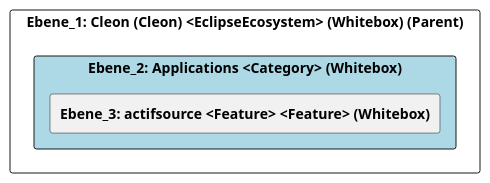
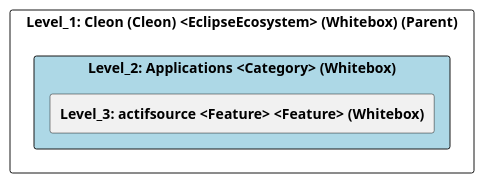
Before and after one commit to marcozwyssig/cleon: the diagram in doc/cleonproject_deliverables_architecture_model_architecture/adoc/de/05_bausteinsicht/cleon/applications/ebene_2_applications.adoc, drawn with PlantUML. The commit also changed other lines of this file and 83 other files, not shown here.

```diff
--- a/doc/cleonproject_deliverables_architecture_model_architecture/adoc/de/05_bausteinsicht/cleon/applications/ebene_2_applications.adoc
+++ b/doc/cleonproject_deliverables_architecture_model_architecture/adoc/de/05_bausteinsicht/cleon/applications/ebene_2_applications.adoc
@@ -24,24 +24,24 @@
-[plantuml, Ebene_2: Applications <Category> (Whitebox)BlockOverview, format="svg"]
+[plantuml, Level_2: Applications <Category> (Whitebox)BlockOverview, format="svg"]
 ----
-@startuml Ebene_2: Applications <Category> (Whitebox)BuildingBlockOverview
+@startuml Level_2: Applications <Category> (Whitebox)BuildingBlockOverview
 
 skinparam ranksep 10
 skinparam componentStyle rectangle
 skinparam shadowing false
 skinparam arrowColor lightblue
 skinparam arrowThickness 1.2
 skinparam rectangle {
   BackgroundColor White
   BorderColor #333
   RoundCorner 10
 }
 top to bottom direction
 
-component "Ebene_1: Cleon (Cleon) <EclipseEcosystem> (Whitebox) (Parent)" {
-    component "Ebene_2: Applications <Category> (Whitebox)" #lightblue {
-        [**Ebene_3: actifsource <Feature> <Feature> (Whitebox)**] as 49057F39_D579_11EE_903E_9F564E4DE07E
+component "Level_1: Cleon (Cleon) <EclipseEcosystem> (Whitebox) (Parent)" {
+    component "Level_2: Applications <Category> (Whitebox)" #lightblue {
+        [**Level_3: actifsource <Feature> <Feature> (Whitebox)**] as 49057F39_D579_11EE_903E_9F564E4DE07E
     }
 }
 
 @enduml
 ----
```
